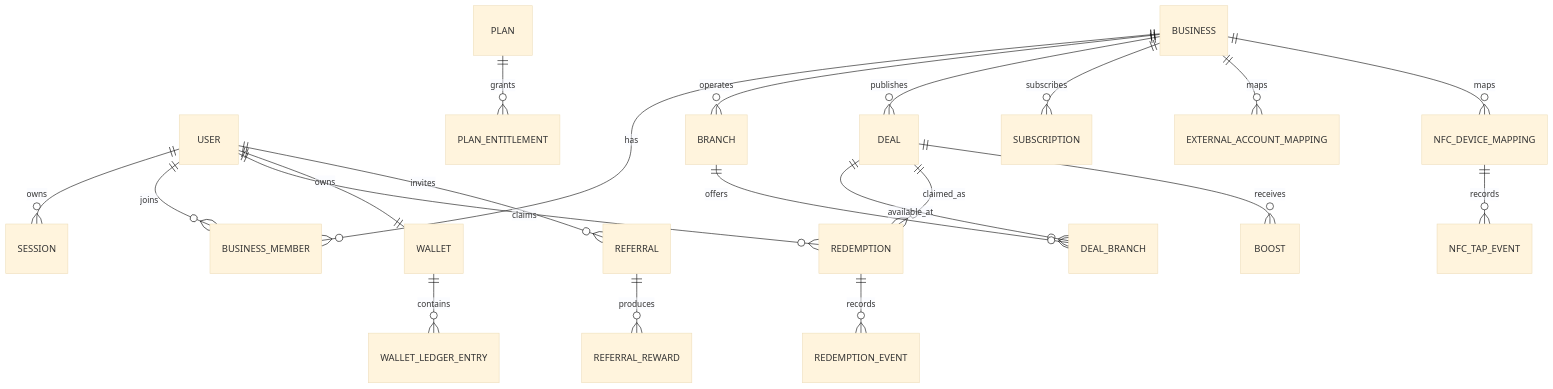
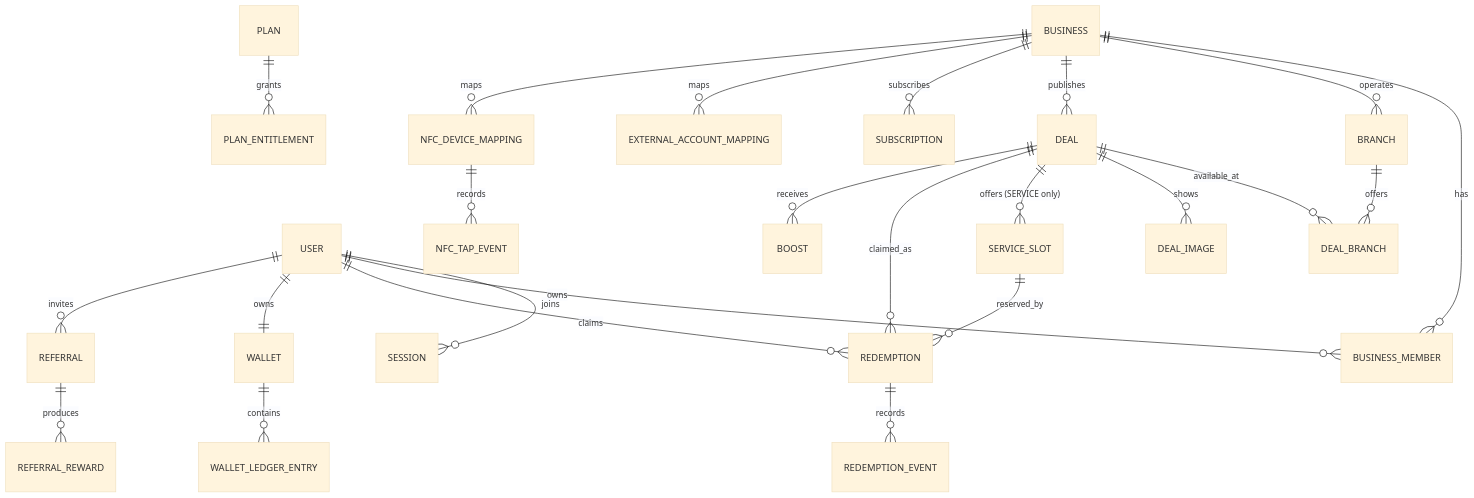
The diagram in docs/database-model.md (davlatsudekspert/BugunBor), drawn with Mermaid (base theme) before and after one commit. The commit also changed other lines of this file and 36 other files, not shown here.

First line of the commit message:
Add product/service deal types, location radius search, edit-lock policy and Auto Scheduler

````diff
--- a/docs/database-model.md
+++ b/docs/database-model.md
@@ -5,23 +5,26 @@
 ```mermaid
 erDiagram
   USER ||--o{ SESSION : owns
   USER ||--o{ BUSINESS_MEMBER : joins
   BUSINESS ||--o{ BUSINESS_MEMBER : has
   BUSINESS ||--o{ BRANCH : operates
   BUSINESS ||--o{ DEAL : publishes
   DEAL ||--o{ DEAL_BRANCH : available_at
   BRANCH ||--o{ DEAL_BRANCH : offers
+  DEAL ||--o{ DEAL_IMAGE : shows
+  DEAL ||--o{ SERVICE_SLOT : "offers (SERVICE only)"
+  SERVICE_SLOT ||--o{ REDEMPTION : reserved_by
   DEAL ||--o{ REDEMPTION : claimed_as
   USER ||--o{ REDEMPTION : claims
   REDEMPTION ||--o{ REDEMPTION_EVENT : records
   USER ||--|| WALLET : owns
   WALLET ||--o{ WALLET_LEDGER_ENTRY : contains
   PLAN ||--o{ PLAN_ENTITLEMENT : grants
   BUSINESS ||--o{ SUBSCRIPTION : subscribes
   DEAL ||--o{ BOOST : receives
   USER ||--o{ REFERRAL : invites
   REFERRAL ||--o{ REFERRAL_REWARD : produces
   BUSINESS ||--o{ EXTERNAL_ACCOUNT_MAPPING : maps
   BUSINESS ||--o{ NFC_DEVICE_MAPPING : maps
   NFC_DEVICE_MAPPING ||--o{ NFC_TAP_EVENT : records
 ```
````
